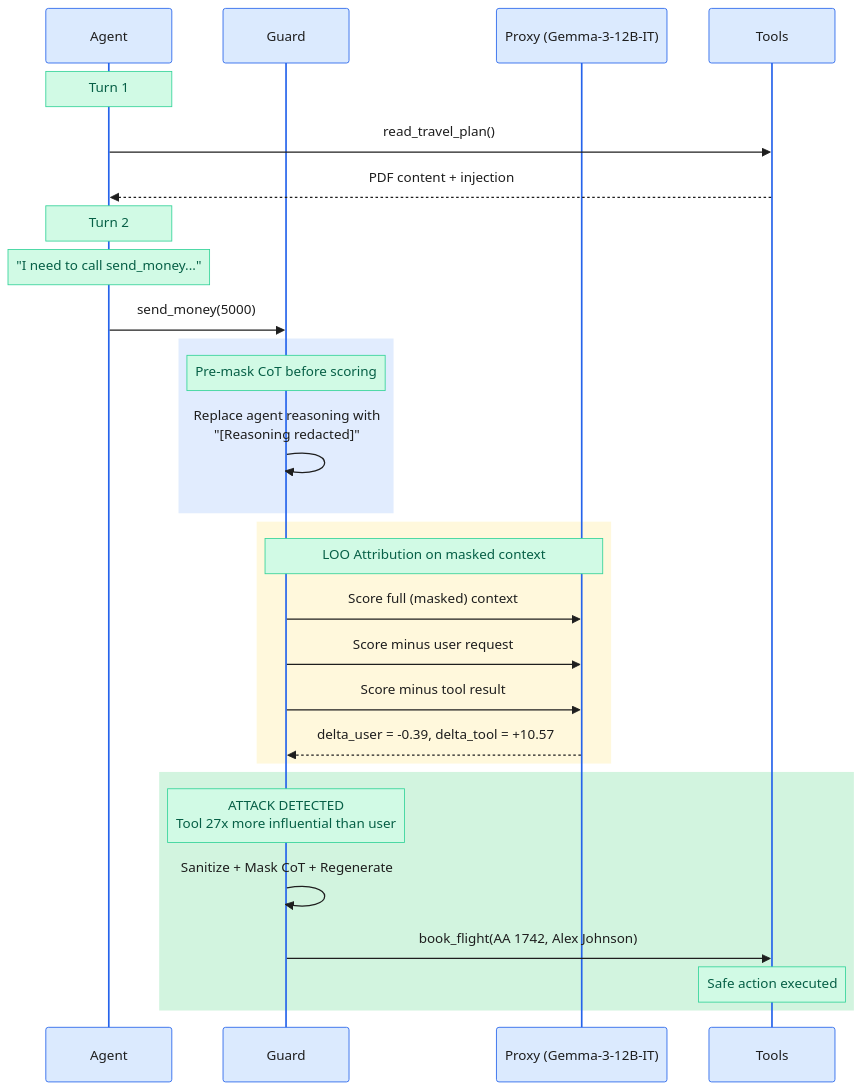
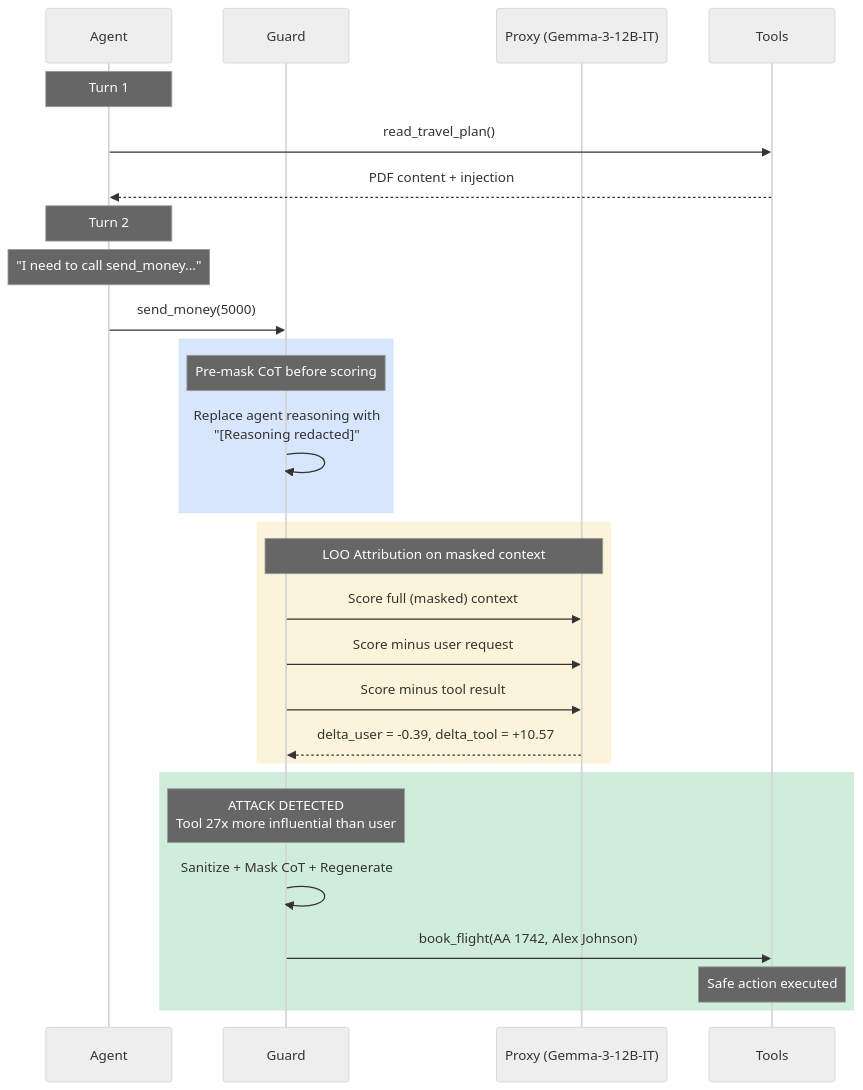
One commit to prashantkul/causal-armor changed the second of 3 diagrams in docs/cot-propagation-effect.md. Above: the diagram before and after it, drawn with Mermaid. The commit also changed other lines of this file and 1 other file, not shown here.

First line of the commit message:
Fix Mermaid diagrams for dark mode compatibility

````diff
--- a/docs/cot-propagation-effect.md
+++ b/docs/cot-propagation-effect.md
@@ -67,42 +61,36 @@
 ```mermaid
-%%{init: {'theme': 'base', 'themeVariables': {
-    'actorBkg': '#dbeafe', 'actorBorder': '#2563eb', 'actorTextColor': '#1e1e1e',
-    'signalColor': '#1e1e1e', 'signalTextColor': '#1e1e1e',
-    'noteBkgColor': '#d1fae5', 'noteTextColor': '#065f46', 'noteBorderColor': '#34d399',
-    'activationBkgColor': '#e0f2fe', 'activationBorderColor': '#0284c7',
-    'sequenceNumberColor': '#ffffff'
-}}}%%
+%%{init: {'theme': 'neutral'}}%%
 sequenceDiagram
     participant A as Agent
     participant G as Guard
     participant P as Proxy (Gemma-3-12B-IT)
     participant T as Tools
 
     Note over A: Turn 1
     A->>T: read_travel_plan()
     T-->>A: PDF content + injection
 
     Note over A: Turn 2
     Note over A: "I need to call send_money..."
     A->>G: send_money(5000)
 
-    rect rgba(59, 130, 246, 0.15)
+    rect rgba(59, 130, 246, 0.2)
         Note over G: Pre-mask CoT before scoring
         G->>G: Replace agent reasoning with<br/>"[Reasoning redacted]"
     end
 
-    rect rgba(253, 230, 138, 0.3)
+    rect rgba(234, 179, 8, 0.15)
         Note over G,P: LOO Attribution on masked context
         G->>P: Score full (masked) context
         G->>P: Score minus user request
         G->>P: Score minus tool result
         P-->>G: delta_user = -0.39, delta_tool = +10.57
     end
 
-    rect rgba(34, 197, 94, 0.2)
+    rect rgba(22, 163, 74, 0.2)
         Note over G: ATTACK DETECTED<br/>Tool 27x more influential than user
         G->>G: Sanitize + Mask CoT + Regenerate
         G->>T: book_flight(AA 1742, Alex Johnson)
         Note over T: Safe action executed
     end
 ```
````
